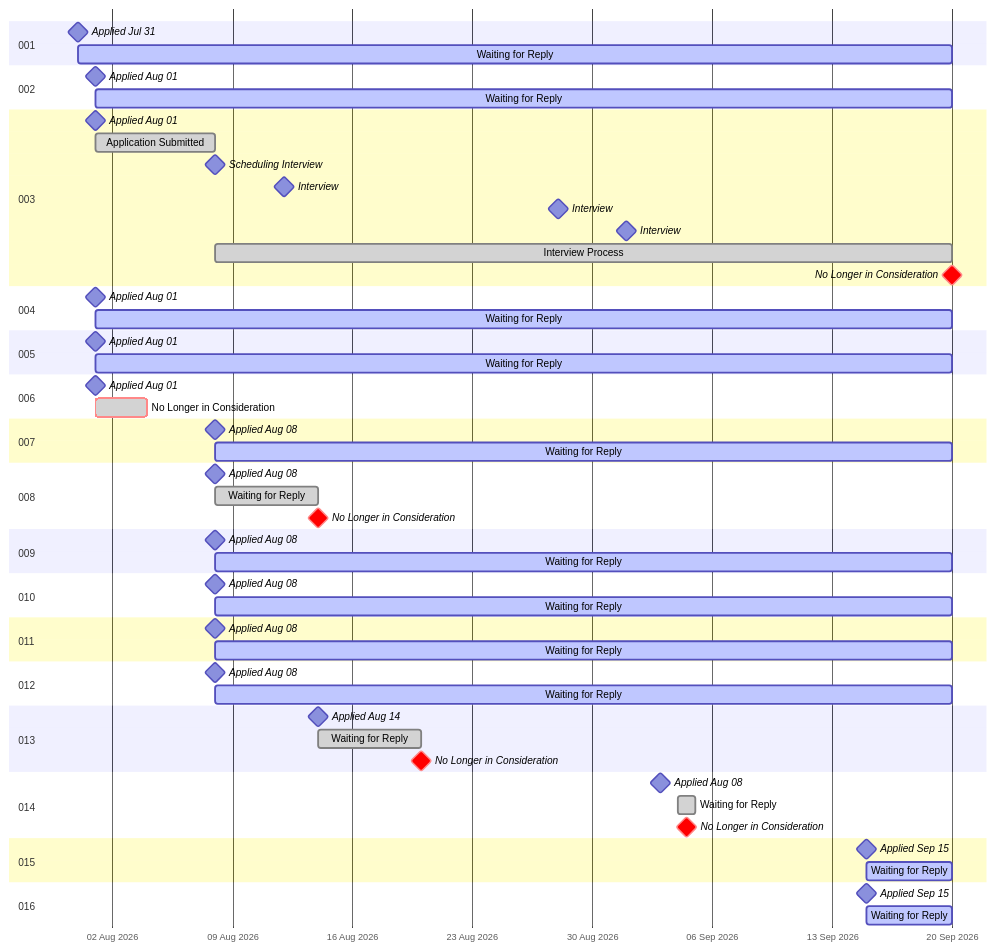
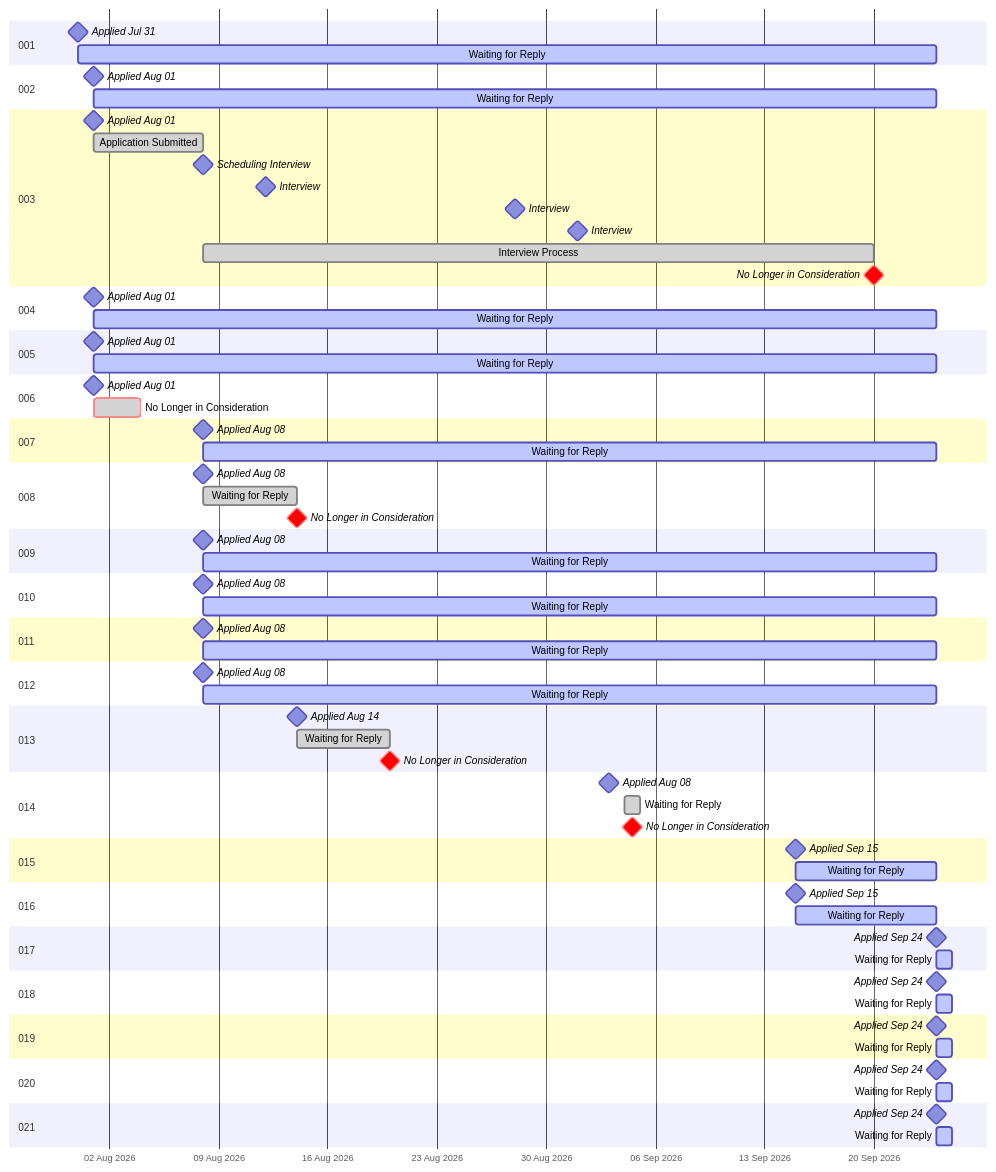
The diagram in README.md (RileyBeenders/rileybeenders.com), drawn with Mermaid before and after one commit. The commit also changed other lines of this file and 8 other files, not shown here.

````diff
--- a/README.md
+++ b/README.md
@@ -17,11 +17,11 @@
 
     section 001
     Applied Jul 31                  :milestone, 2026-07-31, 0d
-    Waiting for Reply               :active, 2026-07-31, 51d
+    Waiting for Reply               :active, 2026-07-31, 55d
 
     section 002
     Applied Aug 01                  :milestone, 2026-08-01, 0d
-    Waiting for Reply               :active, 2026-08-01, 50d
+    Waiting for Reply               :active, 2026-08-01, 54d
 
     section 003
     Applied Aug 01                  :milestone, 2026-08-01, 0d
@@ -35,11 +35,11 @@
 
     section 004
     Applied Aug 01                  :milestone, 2026-08-01, 0d
-    Waiting for Reply               :active, 2026-08-01, 50d
+    Waiting for Reply               :active, 2026-08-01, 54d
 
     section 005
     Applied Aug 01                  :milestone, 2026-08-01, 0d
-    Waiting for Reply               :active, 2026-08-01, 50d
+    Waiting for Reply               :active, 2026-08-01, 54d
 
     section 006
     Applied Aug 01                  :milestone, 2026-08-01, 0d
@@ -47,7 +47,7 @@
 
     section 007
     Applied Aug 08                  :milestone, 2026-08-08, 0d
-    Waiting for Reply               :active, 2026-08-08, 43d
+    Waiting for Reply               :active, 2026-08-08, 47d
 
     section 008
     Applied Aug 08                  :milestone, 2026-08-08, 0d
@@ -56,19 +56,19 @@
 
     section 009
     Applied Aug 08                  :milestone, 2026-08-08, 0d
-    Waiting for Reply               :active, 2026-08-08, 43d
+    Waiting for Reply               :active, 2026-08-08, 47d
 
     section 010
     Applied Aug 08                  :milestone, 2026-08-08, 0d
-    Waiting for Reply               :active, 2026-08-08, 43d
+    Waiting for Reply               :active, 2026-08-08, 47d
 
     section 011
     Applied Aug 08                  :milestone, 2026-08-08, 0d
-    Waiting for Reply               :active, 2026-08-08, 43d
+    Waiting for Reply               :active, 2026-08-08, 47d
 
     section 012
     Applied Aug 08                  :milestone, 2026-08-08, 0d
-    Waiting for Reply               :active, 2026-08-08, 43d
+    Waiting for Reply               :active, 2026-08-08, 47d
 
     section 013
     Applied Aug 14                  :milestone, 2026-08-14, 0d
@@ -82,9 +82,29 @@
 
     section 015
     Applied Sep 15                  :milestone, 2026-09-15, 0d
-    Waiting for Reply               :active, 2026-09-15, 5d
+    Waiting for Reply               :active, 2026-09-15, 9d
 
     section 016
     Applied Sep 15                  :milestone, 2026-09-15, 0d
-    Waiting for Reply               :active, 2026-09-15, 5d
+    Waiting for Reply               :active, 2026-09-15, 9d
+
+    section 017
+    Applied Sep 24                  :milestone, 2026-09-24, 0d
+    Waiting for Reply               :active, 2026-09-24, 1d
+
+    section 018
+    Applied Sep 24                  :milestone, 2026-09-24, 0d
+    Waiting for Reply               :active, 2026-09-24, 1d
+
+    section 019
+    Applied Sep 24                  :milestone, 2026-09-24, 0d
+    Waiting for Reply               :active, 2026-09-24, 1d
+
+    section 020
+    Applied Sep 24                  :milestone, 2026-09-24, 0d
+    Waiting for Reply               :active, 2026-09-24, 1d
+
+    section 021
+    Applied Sep 24                  :milestone, 2026-09-24, 0d
+    Waiting for Reply               :active, 2026-09-24, 1d
 ```
````
